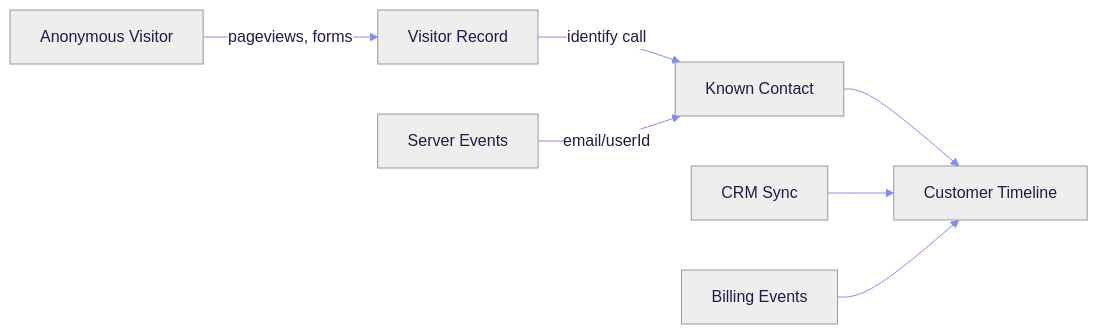
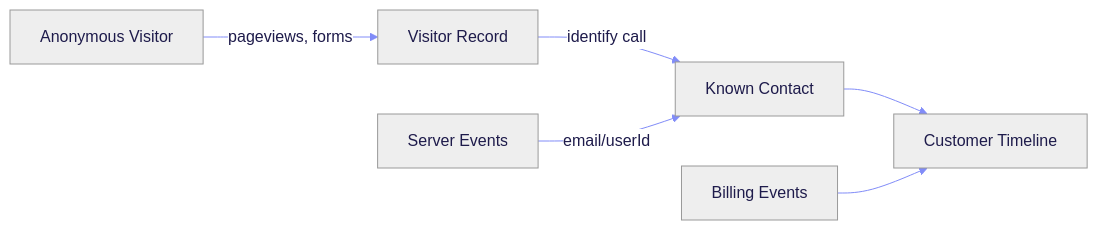
The diagram in tracking/overview.mdx (OutlitAI/docs), drawn with Mermaid before and after one commit. The commit also changed other lines of this file and 1 other file, not shown here.

Commit message:
docs: remove CRM references since feature is not yet supported
Remove references to CRM functionality (Salesforce, HubSpot sync) from
tracking documentation as this feature is not currently available.

````diff
--- a/tracking/overview.mdx
+++ b/tracking/overview.mdx
@@ -18,10 +17,9 @@
 ```mermaid
 %%{init: {'theme': 'neutral', 'themeVariables': { 'primaryColor': '#6366f1', 'primaryTextColor': '#fff', 'primaryBorderColor': '#4f46e5', 'lineColor': '#818cf8', 'secondaryColor': '#a5b4fc', 'tertiaryColor': '#e0e7ff', 'textColor': '#1e1b4b', 'nodeTextColor': '#1e1b4b' }}}%%
 flowchart LR
     A[Anonymous Visitor] -->|pageviews, forms| B[Visitor Record]
     B -->|identify call| C[Known Contact]
     C --> D[Customer Timeline]
     E[Server Events] -->|email/userId| C
-    F[CRM Sync] --> D
-    G[Billing Events] --> D
+    F[Billing Events] --> D
 ```
````
